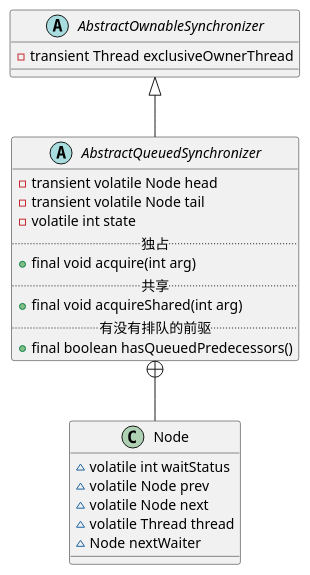
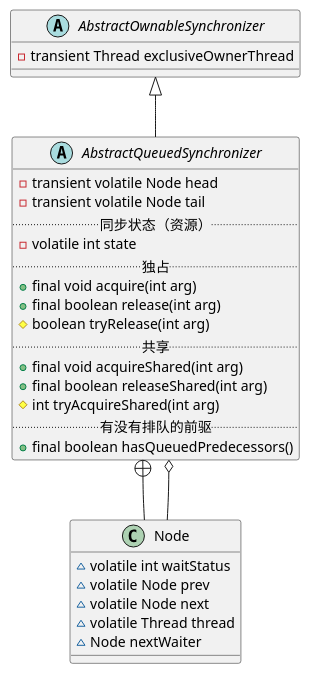
Before and after one commit to onlyonion/development: the diagram in 10-java/src/java/util/concurrent/locks/AbstractQueuedSynchronizer.md, drawn with PlantUML. The commit also changed other lines of this file and 55 other files, not shown here.

````diff
--- a/10-java/src/java/util/concurrent/locks/AbstractQueuedSynchronizer.md
+++ b/10-java/src/java/util/concurrent/locks/AbstractQueuedSynchronizer.md
@@ -5,32 +27,38 @@
 ```plantuml
 @startuml
 
 abstract class AbstractOwnableSynchronizer {
     - transient Thread exclusiveOwnerThread
 }
 
 abstract class AbstractQueuedSynchronizer {
     - transient volatile Node head
     - transient volatile Node tail
+    .. 同步状态（资源） ..
     - volatile int state
     .. 独占 ..
     + final void acquire(int arg)
+    + final boolean release(int arg)
+    # boolean tryRelease(int arg) 
     .. 共享 ..
     + final void acquireShared(int arg) 
+    + final boolean releaseShared(int arg) 
+    # int tryAcquireShared(int arg)
     .. 有没有排队的前驱 ..
     + final boolean hasQueuedPredecessors()
 }
 
 class Node {
     ~ volatile int waitStatus
     ~ volatile Node prev
     ~ volatile Node next
     ~ volatile Thread thread
     ~ Node nextWaiter
 }
 
 AbstractOwnableSynchronizer <|-- AbstractQueuedSynchronizer
 AbstractQueuedSynchronizer +-- Node
+AbstractQueuedSynchronizer o-- Node
 
 @enduml
 ```
````
